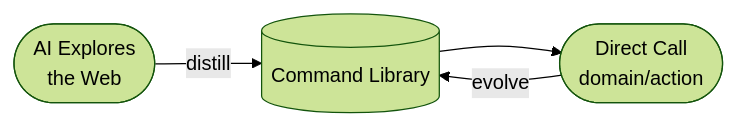
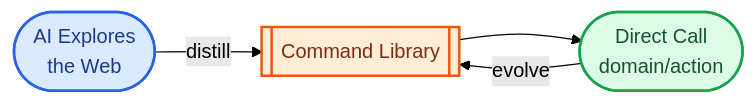
The diagram in README_en.md (bqw1013/WebSculpt), drawn with Mermaid (forest theme) before and after one commit. The commit also changed 1 other file, not shown here.

Commit message:
docs: use colored mermaid flowchart in README

````diff
--- a/README_en.md
+++ b/README_en.md
@@ -17,6 +17,14 @@
 ```mermaid
 flowchart LR
-    A([AI Explores<br/>the Web]) -->|distill| B[(Command Library)]
+    A([AI Explores<br/>the Web]) -->|distill| B[[Command Library]]
     B --> C([Direct Call<br/>domain/action])
     C -->|evolve| B
+
+    classDef explore fill:#dbeafe,stroke:#2563eb,stroke-width:2px,color:#1e3a8a
+    classDef store fill:#ffedd5,stroke:#ea580c,stroke-width:2px,color:#7c2d12
+    classDef reuse fill:#dcfce7,stroke:#16a34a,stroke-width:2px,color:#14532d
+
+    class A explore
+    class B store
+    class C reuse
 ```
````
